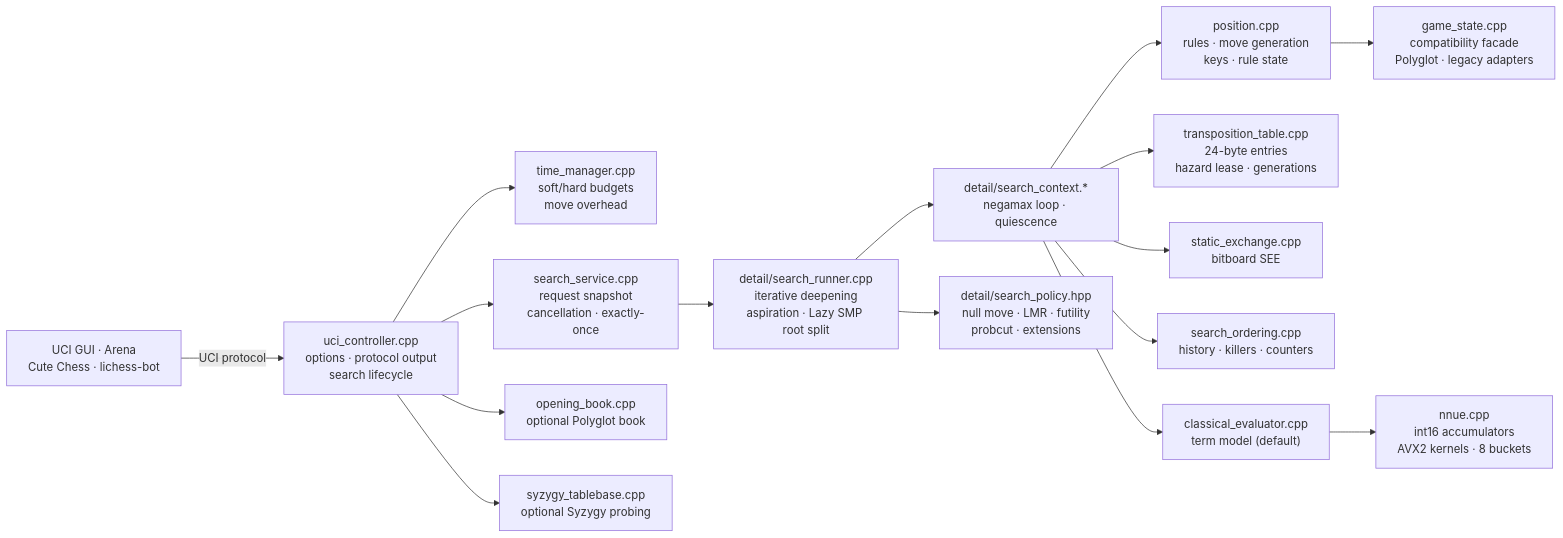
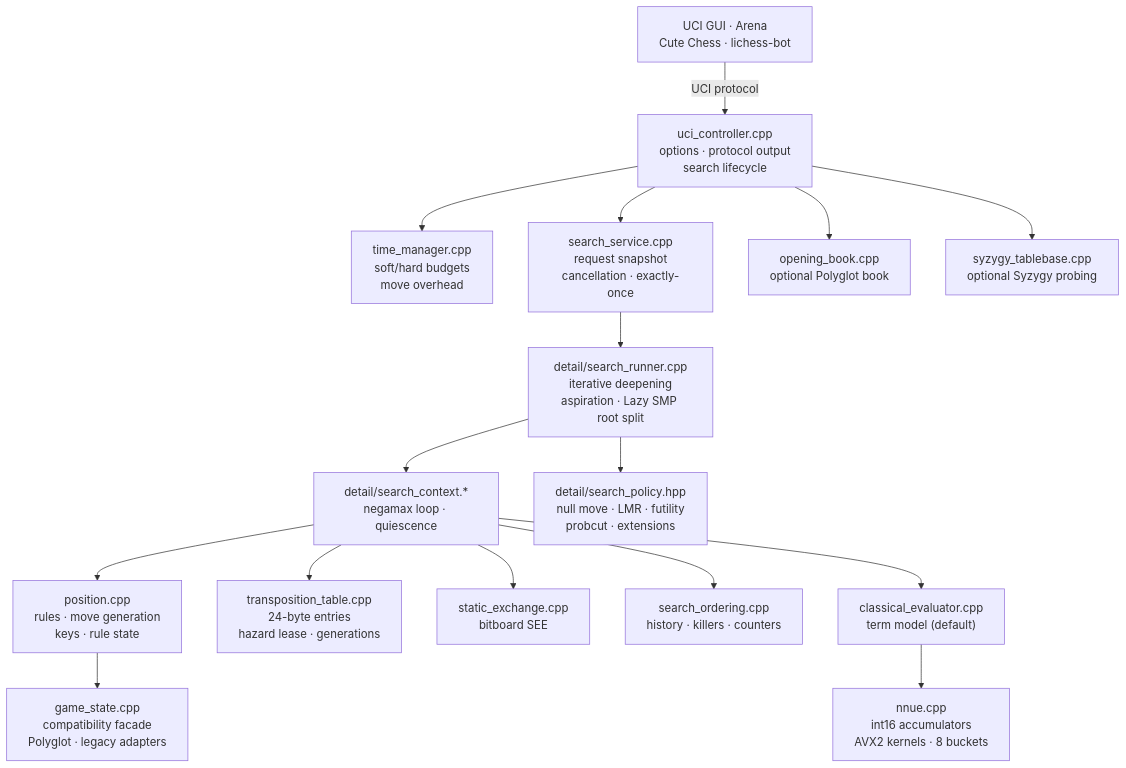
One commit to nhatquang1701/Koi-engine changed the diagram in docs/ARCHITECTURE.md. Above: the diagram before and after it, drawn with Mermaid.

Commit message:
docs: orient the architecture diagram top-down for readability

````diff
--- a/docs/ARCHITECTURE.md
+++ b/docs/ARCHITECTURE.md
@@ -7,19 +7,19 @@
 ```mermaid
-flowchart LR
+flowchart TD
     GUI["UCI GUI · Arena<br/>Cute Chess · lichess-bot"] -- "UCI protocol" --> UCI
     UCI["uci_controller.cpp<br/>options · protocol output<br/>search lifecycle"]
     UCI --> TIME["time_manager.cpp<br/>soft/hard budgets<br/>move overhead"]
     UCI --> SERVICE["search_service.cpp<br/>request snapshot<br/>cancellation · exactly-once"]
     SERVICE --> RUNNER["detail/search_runner.cpp<br/>iterative deepening<br/>aspiration · Lazy SMP root split"]
     RUNNER --> CONTEXT["detail/search_context.*<br/>negamax loop · quiescence"]
     RUNNER --> POLICY["detail/search_policy.hpp<br/>null move · LMR · futility<br/>probcut · extensions"]
     CONTEXT --> POSITION["position.cpp<br/>rules · move generation<br/>keys · rule state"]
     POSITION --> STATE["game_state.cpp<br/>compatibility facade<br/>Polyglot · legacy adapters"]
     CONTEXT --> TT["transposition_table.cpp<br/>24-byte entries<br/>hazard lease · generations"]
     CONTEXT --> SEE["static_exchange.cpp<br/>bitboard SEE"]
     CONTEXT --> ORDER["search_ordering.cpp<br/>history · killers · counters"]
     CONTEXT --> EVAL["classical_evaluator.cpp<br/>term model (default)"]
     EVAL --> NNUE["nnue.cpp<br/>int16 accumulators<br/>AVX2 kernels · 8 buckets"]
     UCI --> BOOK["opening_book.cpp<br/>optional Polyglot book"]
     UCI --> TB["syzygy_tablebase.cpp<br/>optional Syzygy probing"]
 ```
````
